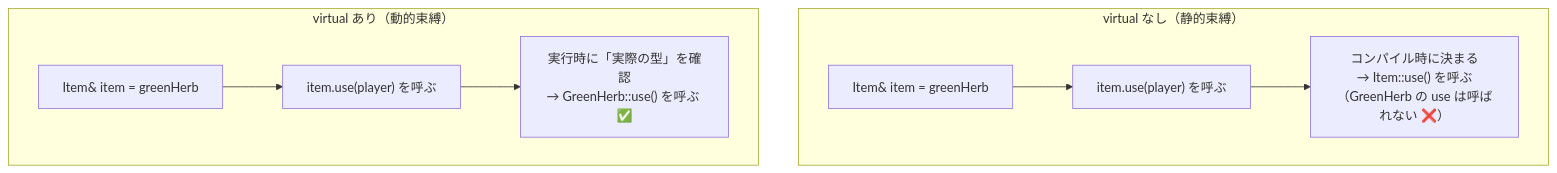
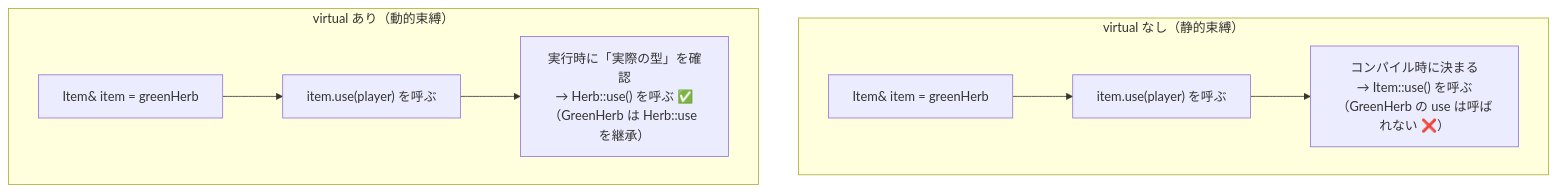
The third of 11 diagrams in Cplus/chapter-06-polymorphism.md (fuddt/Cplus), drawn with Mermaid before and after one commit. The commit also changed other lines of this file and 18 other files, not shown here.

````diff
--- a/Cplus/chapter-06-polymorphism.md
+++ b/Cplus/chapter-06-polymorphism.md
@@ -86,16 +99,16 @@
 ```mermaid
 flowchart TB
     subgraph virtualなし["virtual なし（静的束縛）"]
         A1["Item& item = greenHerb"]
         B1["item.use(player) を呼ぶ"]
         C1["コンパイル時に決まる<br/>→ Item::use() を呼ぶ<br/>（GreenHerb の use は呼ばれない ❌）"]
         A1 --> B1 --> C1
     end
 
     subgraph virtualあり["virtual あり（動的束縛）"]
         A2["Item& item = greenHerb"]
         B2["item.use(player) を呼ぶ"]
-        C2["実行時に「実際の型」を確認<br/>→ GreenHerb::use() を呼ぶ ✅"]
+        C2["実行時に「実際の型」を確認<br/>→ Herb::use() を呼ぶ ✅<br/>（GreenHerb は Herb::use を継承）"]
         A2 --> B2 --> C2
     end
 ```
````
